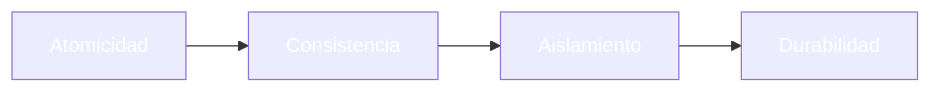
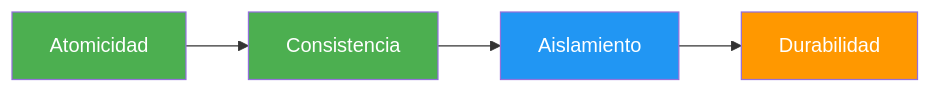
Before and after one commit to joseluisgs/DesarrolloWebEntornosServidor-02-2026-2027: the second of 8 diagrams in 15-transacciones-identificadores.md, drawn with Mermaid. The commit also changed other lines of this file and 29 other files, not shown here.

Commit message:
docs: corregir estilos Mermaid y estilo, quitar referencias a la Tienda y reestructurar los retos 13 y 15

````diff
--- a/15-transacciones-identificadores.md
+++ b/15-transacciones-identificadores.md
@@ -78,10 +81,10 @@
 ```mermaid
 flowchart LR
     A["Atomicidad"] --> C["Consistencia"]
     C --> I["Aislamiento"]
     I --> D["Durabilidad"]
-    style A fill:#4CAF5,color:#fff0,color:#fff
-    style C fill:#4CAF5,color:#fff0,color:#fff
-    style I fill:#2196F,color:#fff3,color:#fff
-    style D fill:#FF980,color:#fff0,color:#fff
+    style A fill:#4CAF50,color:#fff
+    style C fill:#4CAF50,color:#fff
+    style I fill:#2196F3,color:#fff
+    style D fill:#FF9800,color:#fff
 ```
````
